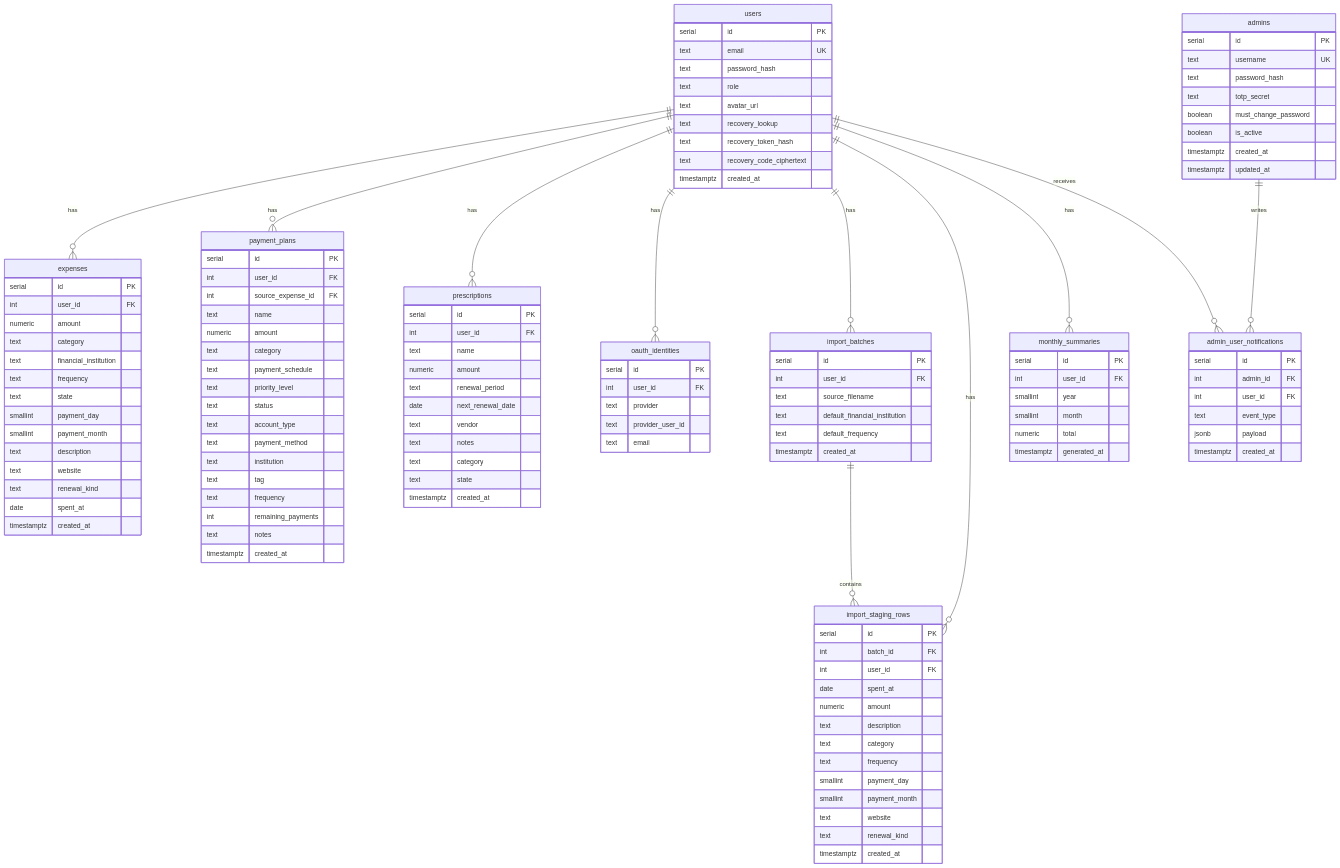
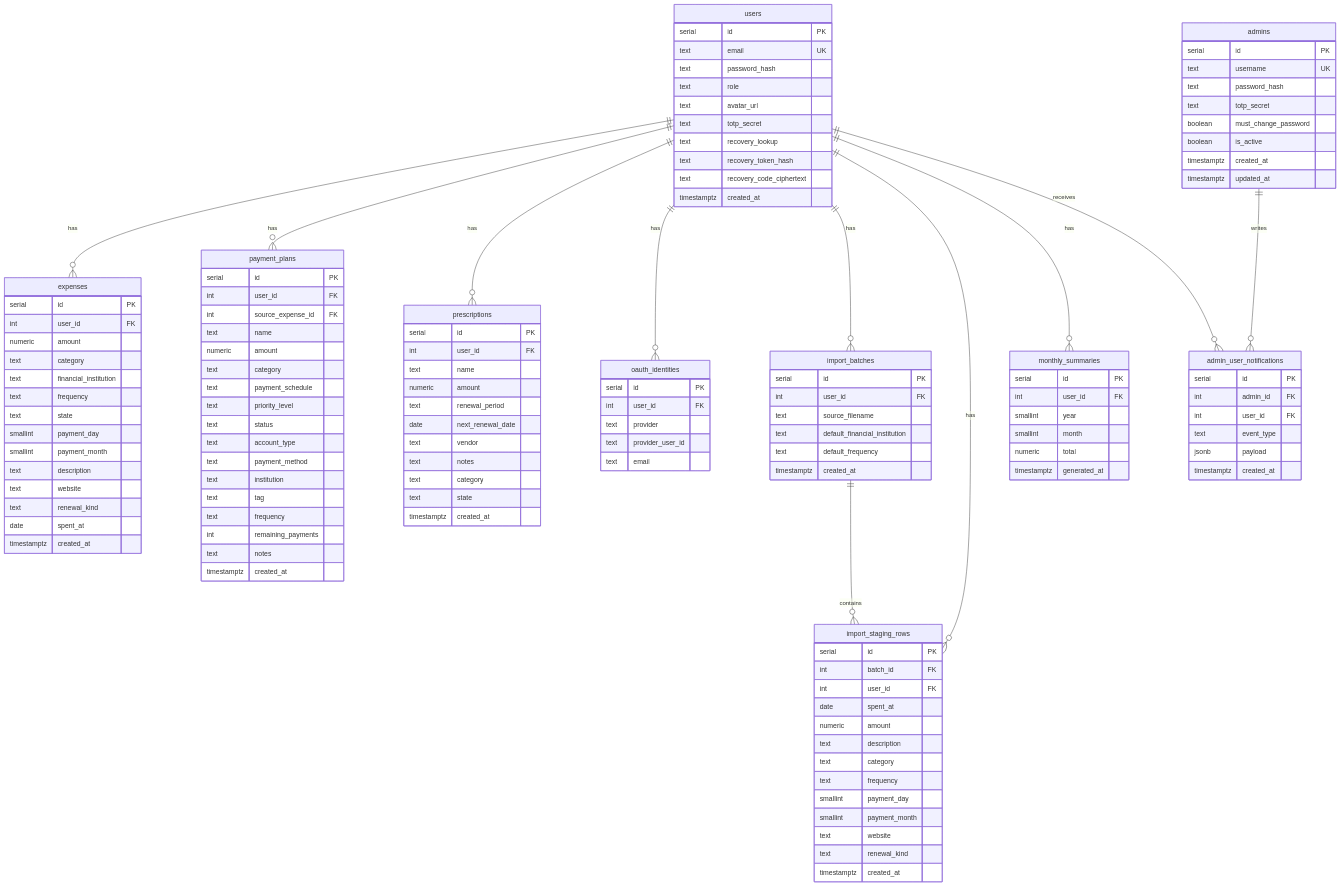
One commit to becomeonewiththecode/expense_tracker changed diagram 15 of 20 in docs/ARCHITECTURE_DIAGRAM.md. Above: the diagram before and after it, drawn with Mermaid. The commit also changed other lines of this file and 59 other files, not shown here.

```diff
--- a/docs/ARCHITECTURE_DIAGRAM.md
+++ b/docs/ARCHITECTURE_DIAGRAM.md
@@ -523,6 +553,7 @@
     text password_hash
     text role
     text avatar_url
+    text totp_secret
     text recovery_lookup
     text recovery_token_hash
     text recovery_code_ciphertext
```
